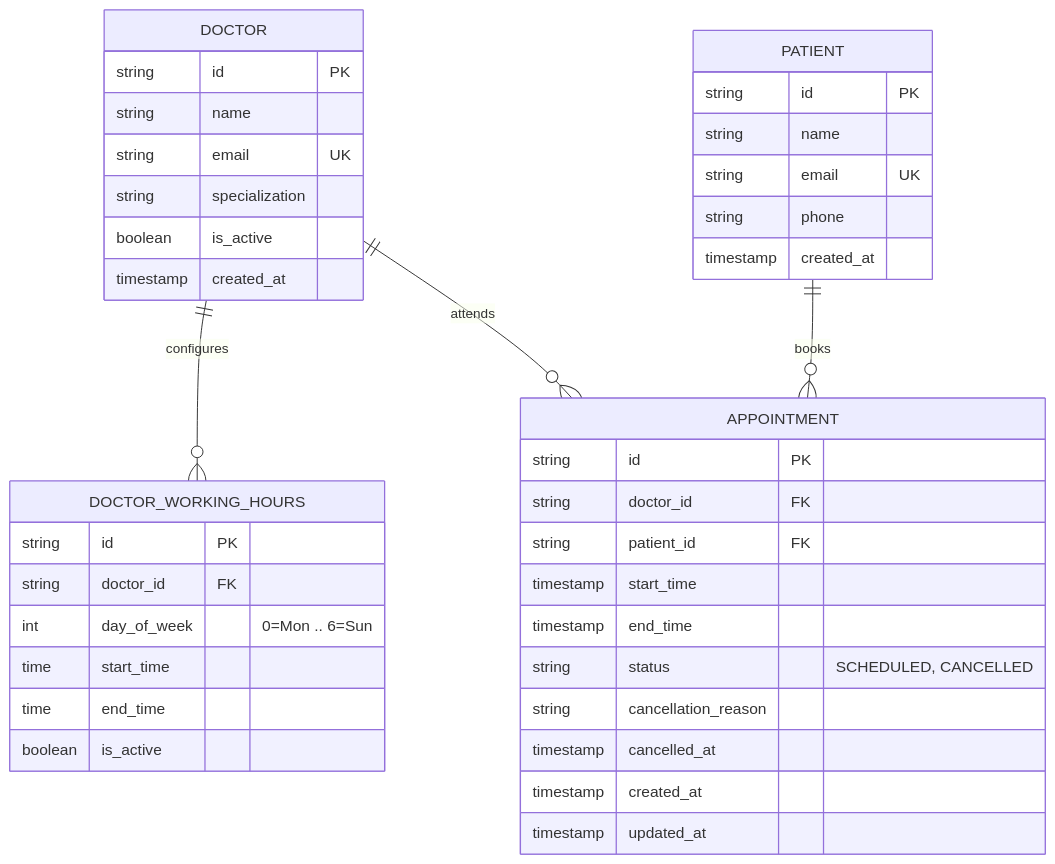
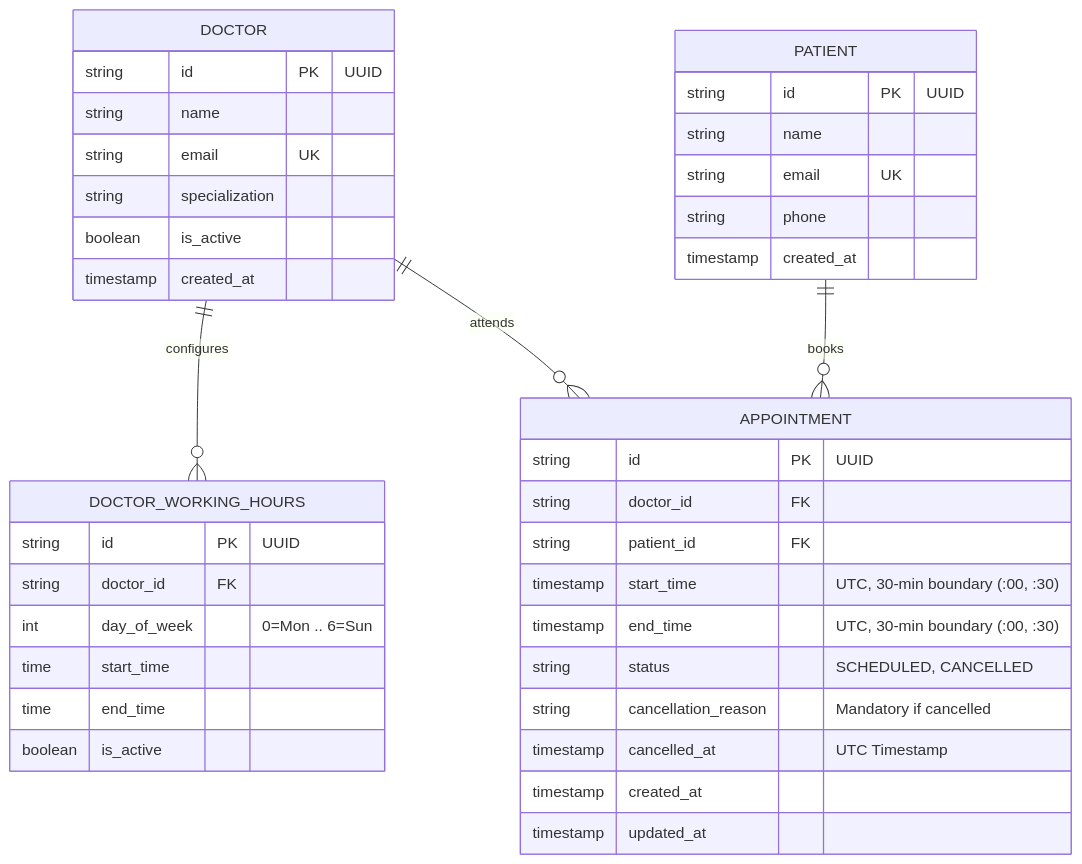
One commit to GeraldWambui/savannah-clinic-booking-api changed the first of 2 diagrams in README.md. Above: the diagram before and after it, drawn with Mermaid. The commit also changed other lines of this file, not shown here.

````diff
--- a/README.md
+++ b/README.md
@@ -39,45 +61,45 @@
 ```mermaid
 erDiagram
     DOCTOR ||--o{ DOCTOR_WORKING_HOURS : "configures"
     DOCTOR ||--o{ APPOINTMENT : "attends"
     PATIENT ||--o{ APPOINTMENT : "books"
 
     DOCTOR {
-        string id PK
+        string id PK "UUID"
         string name
         string email UK
         string specialization
         boolean is_active
         timestamp created_at
     }
 
     DOCTOR_WORKING_HOURS {
-        string id PK
+        string id PK "UUID"
         string doctor_id FK
         int day_of_week "0=Mon .. 6=Sun"
         time start_time
         time end_time
         boolean is_active
     }
 
     PATIENT {
-        string id PK
+        string id PK "UUID"
         string name
         string email UK
         string phone
         timestamp created_at
     }
 
     APPOINTMENT {
-        string id PK
+        string id PK "UUID"
         string doctor_id FK
         string patient_id FK
-        timestamp start_time
-        timestamp end_time
+        timestamp start_time "UTC, 30-min boundary (:00, :30)"
+        timestamp end_time "UTC, 30-min boundary (:00, :30)"
         string status "SCHEDULED, CANCELLED"
-        string cancellation_reason
-        timestamp cancelled_at
+        string cancellation_reason "Mandatory if cancelled"
+        timestamp cancelled_at "UTC Timestamp"
         timestamp created_at
         timestamp updated_at
     }
 ```
````
